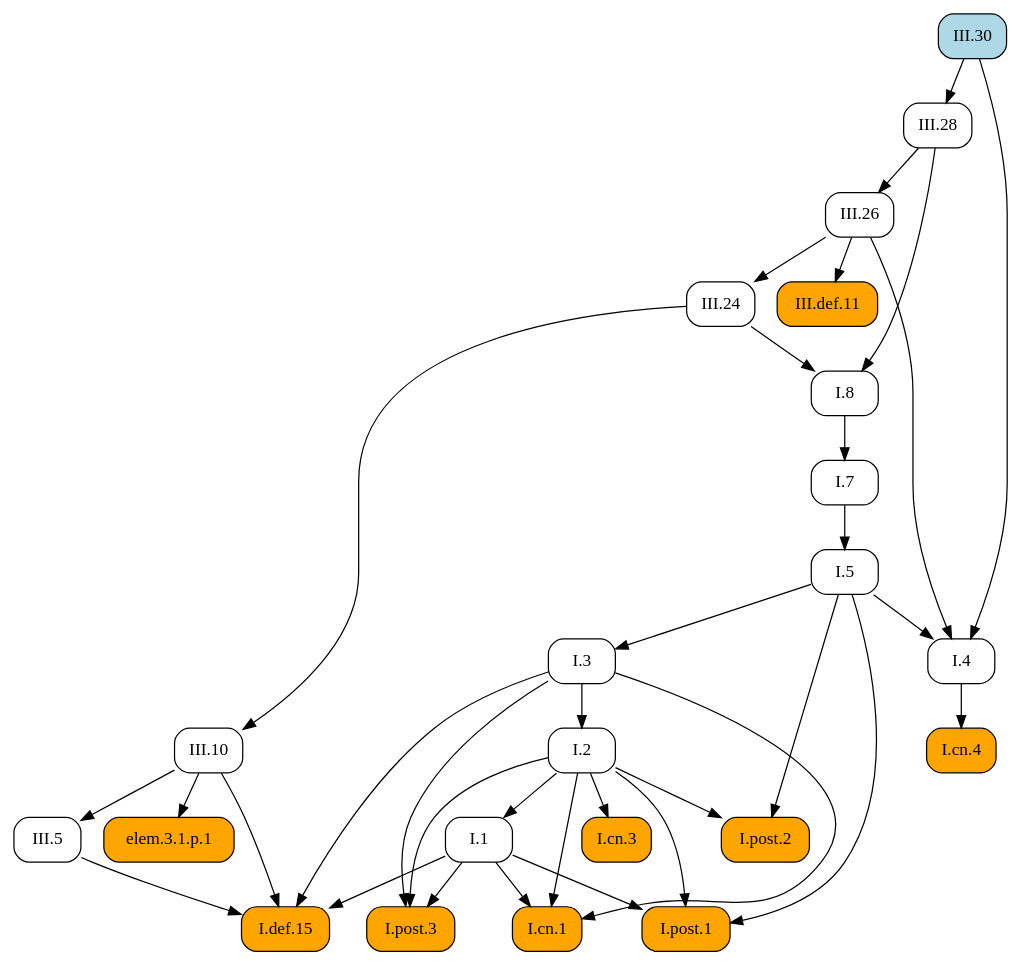
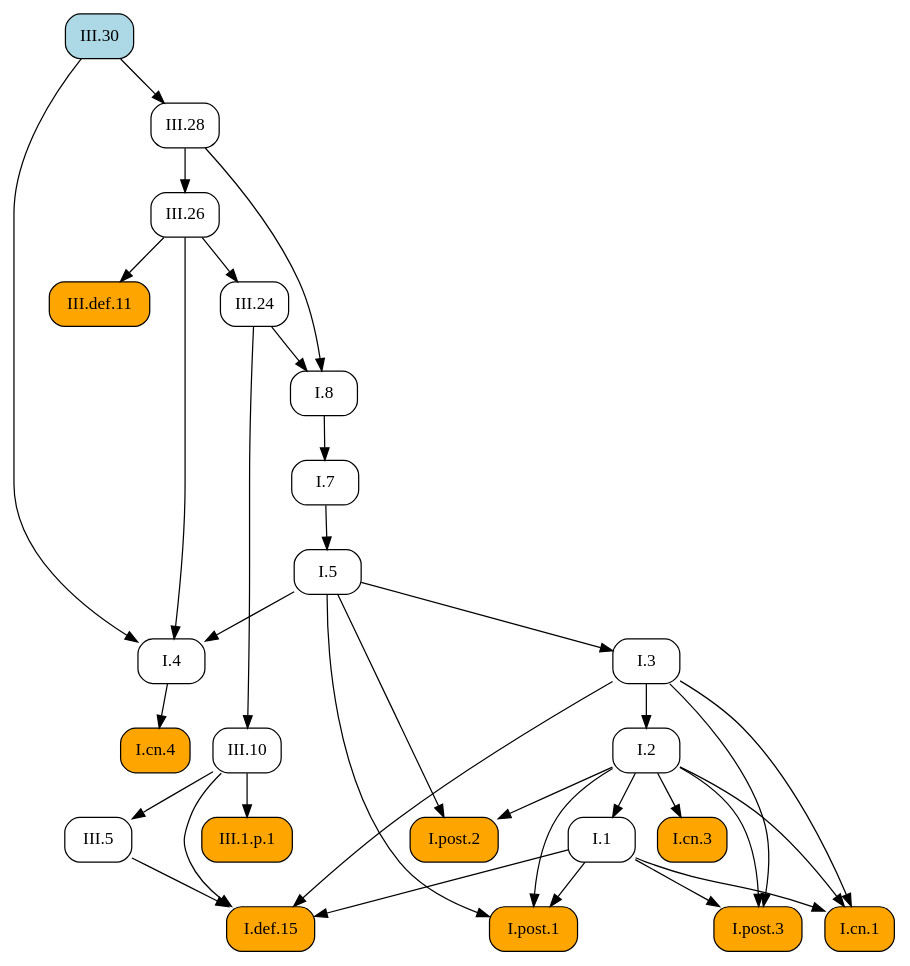
Before and after one commit to geometor/elements: the diagram in docsrc/heath/III/30/index.rst, drawn with Graphviz. The commit also changed 484 other files, not shown here.

```diff
--- a/docsrc/heath/III/30/index.rst
+++ b/docsrc/heath/III/30/index.rst
@@ -55,62 +55,62 @@
 .. graphviz::
 
    digraph {
      rankdir="TB";
      node [shape=box, style=rounded];
+     "III.28" [URL="/heath/III/28/", target="_top"];
+     "I.cn.1" [style="rounded,filled", fillcolor=orange, URL="/heath/I/cn.1/", target="_top"];
+     "I.7" [URL="/heath/I/7/", target="_top"];
+     "III.24" [URL="/heath/III/24/", target="_top"];
+     "I.2" [URL="/heath/I/2/", target="_top"];
+     "I.def.15" [style="rounded,filled", fillcolor=orange, URL="/heath/I/def.15/", target="_top"];
+     "III.26" [URL="/heath/III/26/", target="_top"];
+     "I.4" [URL="/heath/I/4/", target="_top"];
      "I.1" [URL="/heath/I/1/", target="_top"];
-     "I.7" [URL="/heath/I/7/", target="_top"];
+     "III.def.11" [style="rounded,filled", fillcolor=orange, URL="/heath/III/def.11/", target="_top"];
+     "I.post.1" [style="rounded,filled", fillcolor=orange, URL="/heath/I/post.1/", target="_top"];
+     "I.post.3" [style="rounded,filled", fillcolor=orange, URL="/heath/I/post.3/", target="_top"];
+     "I.5" [URL="/heath/I/5/", target="_top"];
+     "I.8" [URL="/heath/I/8/", target="_top"];
+     "I.cn.3" [style="rounded,filled", fillcolor=orange, URL="/heath/I/cn.3/", target="_top"];
+     "III.10" [URL="/heath/III/10/", target="_top"];
+     "III.1.p.1" [style="rounded,filled", fillcolor=orange];
+     "I.cn.4" [style="rounded,filled", fillcolor=orange, URL="/heath/I/cn.4/", target="_top"];
+     "I.post.2" [style="rounded,filled", fillcolor=orange, URL="/heath/I/post.2/", target="_top"];
+     "III.30" [style="rounded,filled", fillcolor=lightblue, URL="/heath/III/30/", target="_top"];
      "I.3" [URL="/heath/I/3/", target="_top"];
-     "III.26" [URL="/heath/III/26/", target="_top"];
-     "I.2" [URL="/heath/I/2/", target="_top"];
-     "I.4" [URL="/heath/I/4/", target="_top"];
-     "elem.3.1.p.1" [style="rounded,filled", fillcolor=orange];
-     "I.post.2" [style="rounded,filled", fillcolor=orange, URL="/heath/I/post.2/", target="_top"];
-     "III.def.11" [style="rounded,filled", fillcolor=orange, URL="/heath/III/def.11/", target="_top"];
-     "I.def.15" [style="rounded,filled", fillcolor=orange, URL="/heath/I/def.15/", target="_top"];
-     "III.10" [URL="/heath/III/10/", target="_top"];
-     "I.post.3" [style="rounded,filled", fillcolor=orange, URL="/heath/I/post.3/", target="_top"];
-     "I.cn.1" [style="rounded,filled", fillcolor=orange, URL="/heath/I/cn.1/", target="_top"];
-     "I.cn.3" [style="rounded,filled", fillcolor=orange, URL="/heath/I/cn.3/", target="_top"];
-     "I.8" [URL="/heath/I/8/", target="_top"];
-     "I.cn.4" [style="rounded,filled", fillcolor=orange, URL="/heath/I/cn.4/", target="_top"];
-     "III.30" [style="rounded,filled", fillcolor=lightblue, URL="/heath/III/30/", target="_top"];
-     "III.28" [URL="/heath/III/28/", target="_top"];
-     "I.post.1" [style="rounded,filled", fillcolor=orange, URL="/heath/I/post.1/", target="_top"];
-     "III.24" [URL="/heath/III/24/", target="_top"];
-     "I.5" [URL="/heath/I/5/", target="_top"];
      "III.5" [URL="/heath/III/5/", target="_top"];
-     "I.2" -> "I.1";
+     "III.30" -> "III.28";
+     "I.1" -> "I.cn.1";
+     "I.2" -> "I.cn.1";
+     "I.3" -> "I.cn.1";
      "I.8" -> "I.7";
-     "I.5" -> "I.3";
-     "III.28" -> "III.26";
+     "III.26" -> "III.24";
      "I.3" -> "I.2";
-     "I.5" -> "I.4";
-     "III.26" -> "I.4";
-     "III.30" -> "I.4";
-     "III.10" -> "elem.3.1.p.1";
-     "I.2" -> "I.post.2";
-     "I.5" -> "I.post.2";
-     "III.26" -> "III.def.11";
      "I.1" -> "I.def.15";
      "I.3" -> "I.def.15";
      "III.5" -> "I.def.15";
      "III.10" -> "I.def.15";
-     "III.24" -> "III.10";
+     "III.28" -> "III.26";
+     "I.5" -> "I.4";
+     "III.26" -> "I.4";
+     "III.30" -> "I.4";
+     "I.2" -> "I.1";
+     "III.26" -> "III.def.11";
+     "I.1" -> "I.post.1";
+     "I.2" -> "I.post.1";
+     "I.5" -> "I.post.1";
      "I.1" -> "I.post.3";
      "I.2" -> "I.post.3";
      "I.3" -> "I.post.3";
-     "I.1" -> "I.cn.1";
-     "I.2" -> "I.cn.1";
-     "I.3" -> "I.cn.1";
-     "I.2" -> "I.cn.3";
+     "I.7" -> "I.5";
      "III.24" -> "I.8";
      "III.28" -> "I.8";
+     "I.2" -> "I.cn.3";
+     "III.24" -> "III.10";
+     "III.10" -> "III.1.p.1";
      "I.4" -> "I.cn.4";
-     "III.30" -> "III.28";
-     "I.1" -> "I.post.1";
-     "I.2" -> "I.post.1";
-     "I.5" -> "I.post.1";
-     "III.26" -> "III.24";
-     "I.7" -> "I.5";
+     "I.2" -> "I.post.2";
+     "I.5" -> "I.post.2";
+     "I.5" -> "I.3";
      "III.10" -> "III.5";
    }
```
